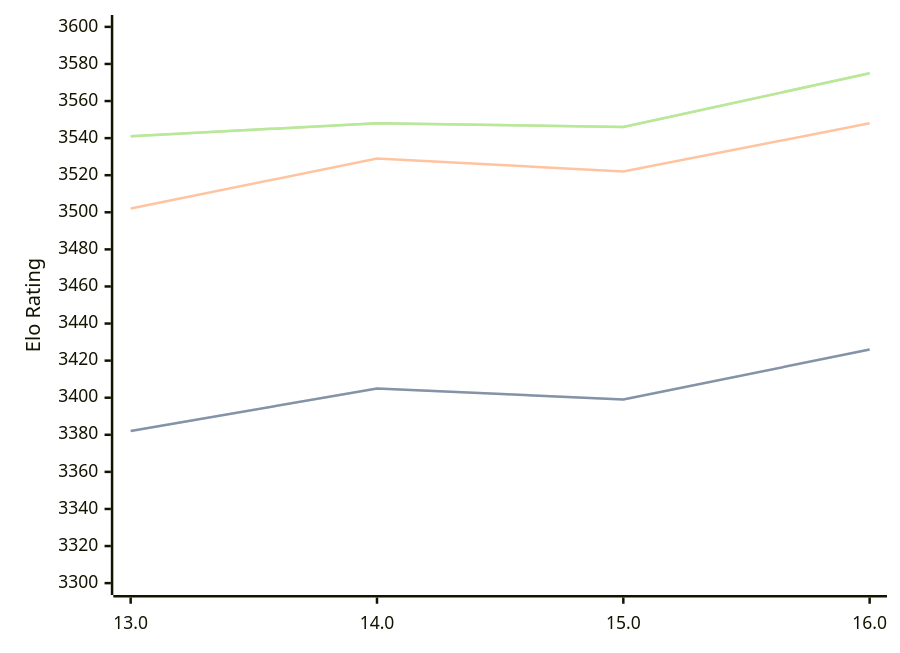
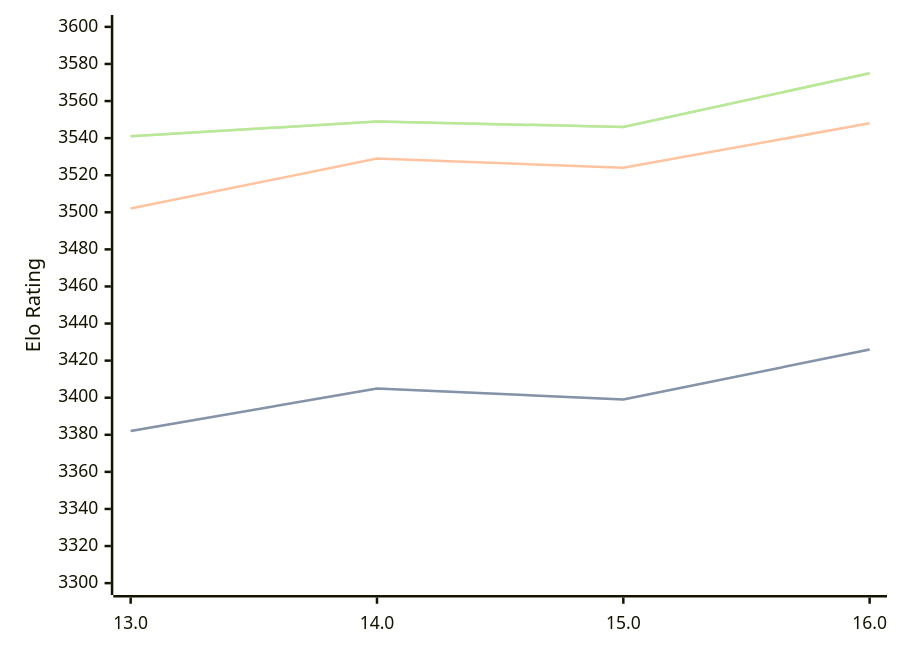
Before and after one commit to computer-chess-index/cci: the diagram in engines/Obsidian.md, drawn with Mermaid. The commit also changed other lines of this file, not shown here.

Commit message:
Update CCI Ratings (ELO VLTC) - 2026-08-17

````diff
--- a/engines/Obsidian.md
+++ b/engines/Obsidian.md
@@ -34,11 +34,11 @@
 ```mermaid
 %%{init: {"theme":"base","themeVariables":{"seriesColors:['#a3a3a3','#222221','#faa371']}}}%%
 xychart-beta
   x-axis ["13.0", "14.0", "15.0", "16.0"]
   y-axis "Elo Rating" 3300 --> 3600
   line "STC (8.0+0.08s)" [3382, 3405, 3399, 3426]
   line "STC (8.0+0.08s)" [3382, 3405, 3399, 3426]
-  line "LTC (60.0+0.60s)" [3502, 3529, 3522, 3548]
-  line "VLTC (2m24s+1.12s)" [3541, 3548, 3546, 3575]
-  line "VLTC (2m24s+1.12s)" [3541, 3548, 3546, 3575]
+  line "LTC (60.0+0.60s)" [3502, 3529, 3524, 3548]
+  line "VLTC (2m24s+1.12s)" [3541, 3549, 3546, 3575]
+  line "VLTC (2m24s+1.12s)" [3541, 3549, 3546, 3575]
 ```
````
